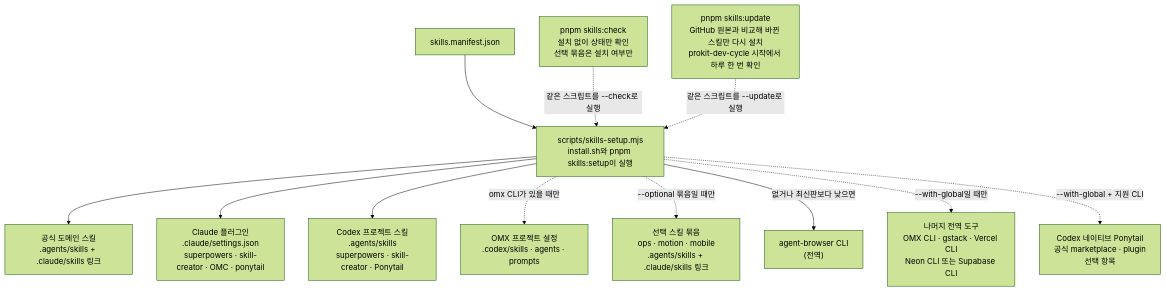
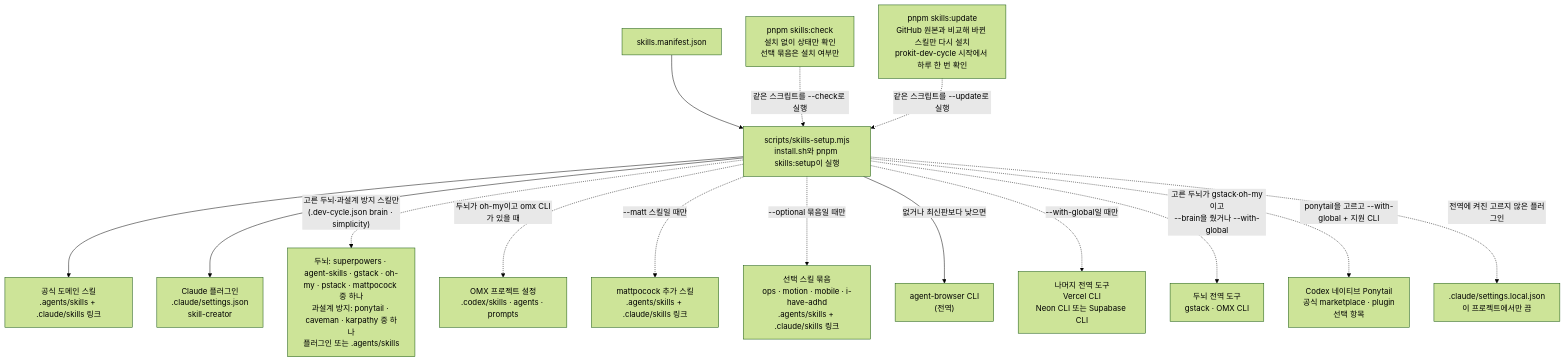
Before and after one commit to roadkwon-ai/pro-kit: the diagram in handbook/skills/install-and-update.md, drawn with Mermaid (forest theme). The commit also changed other lines of this file and 33 other files, not shown here.

````diff
--- a/handbook/skills/install-and-update.md
+++ b/handbook/skills/install-and-update.md
@@ -7,14 +7,17 @@
 ```mermaid
 flowchart TD
   M["skills.manifest.json"] --> S["scripts/skills-setup.mjs<br/>install.sh와 pnpm skills:setup이 실행"]
   S --> P1["공식 도메인 스킬<br/>.agents/skills + .claude/skills 링크"]
-  S --> P2["Claude 플러그인<br/>.claude/settings.json<br/>superpowers · skill-creator · OMC · ponytail"]
-  S --> P3["Codex 프로젝트 스킬<br/>.agents/skills<br/>superpowers · skill-creator · Ponytail"]
-  S -.->|"omx CLI가 있을 때만"| P4["OMX 프로젝트 설정<br/>.codex/skills · agents · prompts"]
-  S -.->|"--optional 묶음일 때만"| OPT["선택 스킬 묶음<br/>ops · motion · mobile<br/>.agents/skills + .claude/skills 링크"]
+  S --> P2["Claude 플러그인<br/>.claude/settings.json<br/>skill-creator"]
+  S -.->|"고른 두뇌·과설계 방지 스킬만<br/>(.dev-cycle.json brain · simplicity)"| SEL["두뇌: superpowers · agent-skills · gstack · oh-my · pstack · mattpocock 중 하나<br/>과설계 방지: ponytail · caveman · karpathy 중 하나<br/>플러그인 또는 .agents/skills"]
+  S -.->|"두뇌가 oh-my이고 omx CLI가 있을 때"| P4["OMX 프로젝트 설정<br/>.codex/skills · agents · prompts"]
+  S -.->|"--matt 스킬일 때만"| MATT["mattpocock 추가 스킬<br/>.agents/skills + .claude/skills 링크"]
+  S -.->|"--optional 묶음일 때만"| OPT["선택 스킬 묶음<br/>ops · motion · mobile · i-have-adhd<br/>.agents/skills + .claude/skills 링크"]
   S -->|"없거나 최신판보다 낮으면"| AB["agent-browser CLI<br/>(전역)"]
-  S -.->|"--with-global일 때만"| G["나머지 전역 도구<br/>OMX CLI · gstack · Vercel CLI<br/>Neon CLI 또는 Supabase CLI"]
-  S -.->|"--with-global + 지원 CLI"| CP["Codex 네이티브 Ponytail<br/>공식 marketplace · plugin<br/>선택 항목"]
+  S -.->|"--with-global일 때만"| G["나머지 전역 도구<br/>Vercel CLI<br/>Neon CLI 또는 Supabase CLI"]
+  S -.->|"고른 두뇌가 gstack·oh-my이고<br/>--brain을 줬거나 --with-global"| BG["두뇌 전역 도구<br/>gstack · OMX CLI"]
+  S -.->|"ponytail을 고르고 --with-global + 지원 CLI"| CP["Codex 네이티브 Ponytail<br/>공식 marketplace · plugin<br/>선택 항목"]
+  S -.->|"전역에 켜진 고르지 않은 플러그인"| LOC[".claude/settings.local.json<br/>이 프로젝트에서만 끔"]
   CHK["pnpm skills:check<br/>설치 없이 상태만 확인<br/>선택 묶음은 설치 여부만"] -.->|"같은 스크립트를 --check로 실행"| S
   UPD["pnpm skills:update<br/>GitHub 원본과 비교해 바뀐 스킬만 다시 설치<br/>prokit-dev-cycle 시작에서 하루 한 번 확인"] -.->|"같은 스크립트를 --update로 실행"| S
 ```
````
